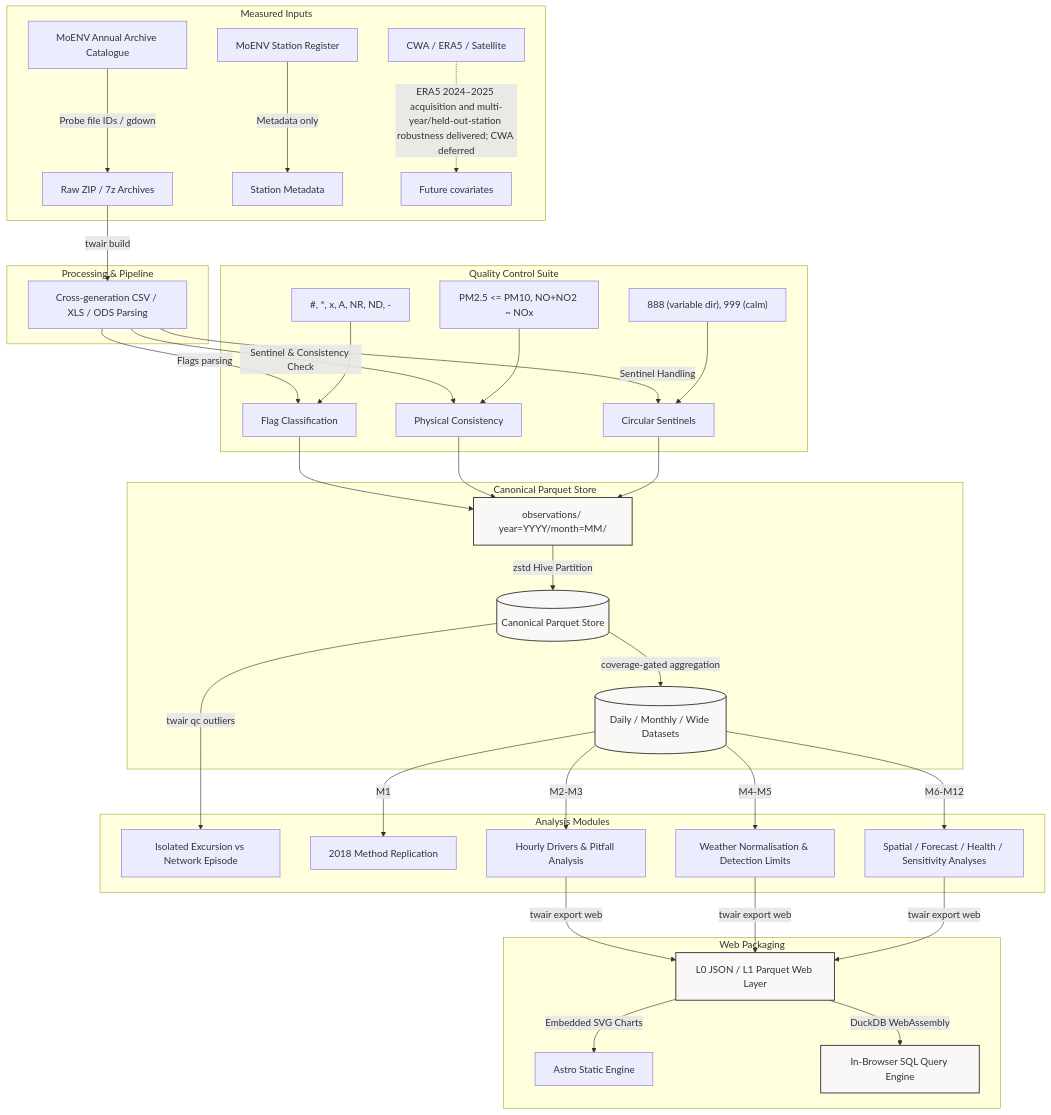
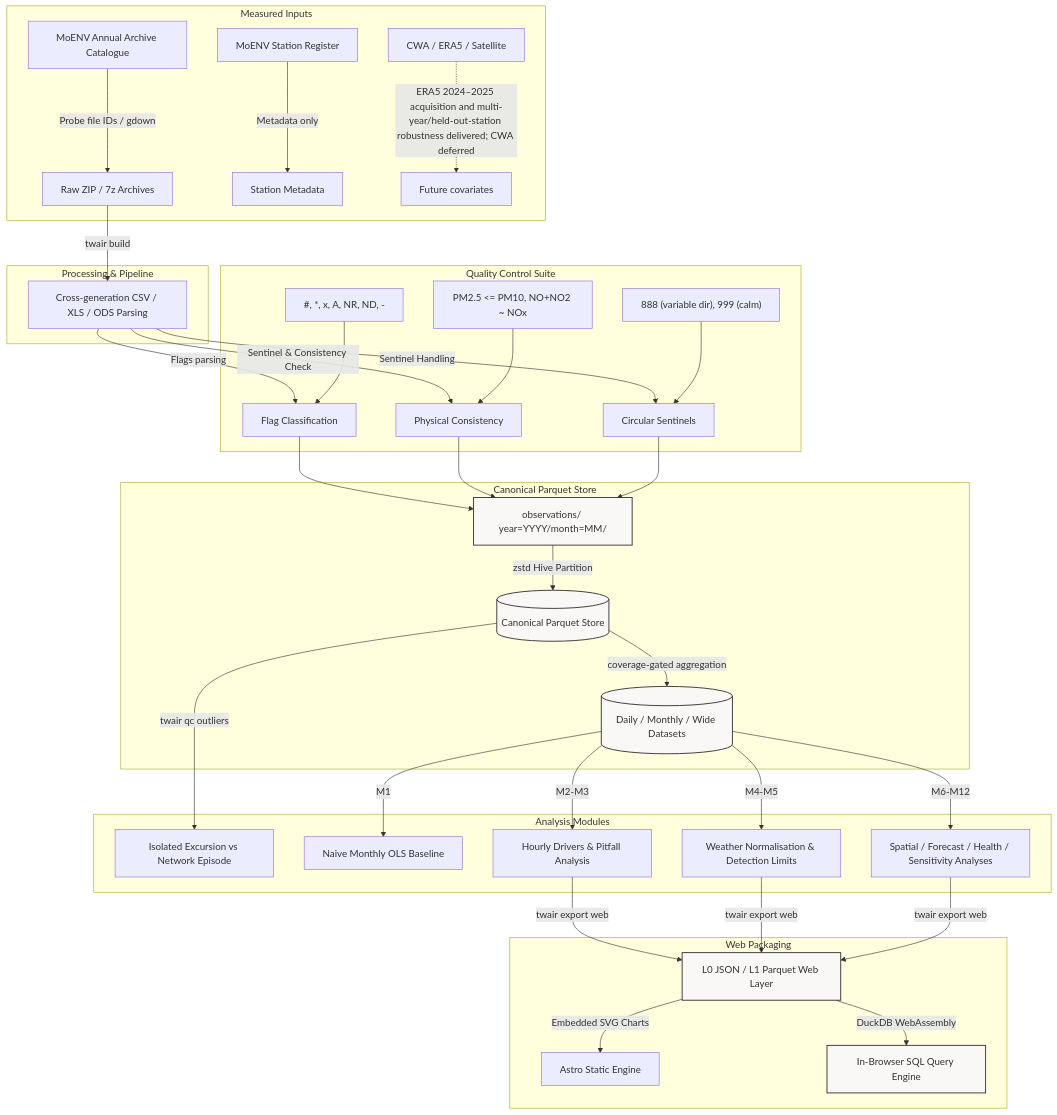
One commit to kuotunyu/air-quality changed the diagram in README.en.md. Above: the diagram before and after it, drawn with Mermaid. The commit also changed other lines of this file and 50 other files, not shown here.

````diff
--- a/README.en.md
+++ b/README.en.md
@@ -71,44 +70,44 @@
 ```mermaid
 flowchart TD
     subgraph Data Sources [Measured Inputs]
         A[MoENV Annual Archive Catalogue] -->|Probe file IDs / gdown| D[Raw ZIP / 7z Archives]
         B[MoENV Station Register] -->|Metadata only| S[Station Metadata]
         C[CWA / ERA5 / Satellite] -.->|ERA5 2024–2025 acquisition and multi-year/held-out-station robustness delivered; CWA deferred| X[Future covariates]
     end
 
     subgraph Ingestion [Processing & Pipeline]
         D -->|twair build| G[Cross-generation CSV / XLS / ODS Parsing]
     end
 
     subgraph QC [Quality Control Suite]
         G -->|Flags parsing| H[Flag Classification]
         H_flag["#, *, x, A, NR, ND, -"] --> H
         G -->|Sentinel & Consistency Check| I[Physical Consistency]
         I_check["PM2.5 <= PM10, NO+NO2 ~ NOx"] --> I
         G -->|Sentinel Handling| J[Circular Sentinels]
         J_set["888 (variable dir), 999 (calm)"] --> J
     end
 
     subgraph Storage [Canonical Parquet Store]
         H & I & J --> K[observations/ year=YYYY/month=MM/]
         K -->|zstd Hive Partition| L[(Canonical Parquet Store)]
         L -->|coverage-gated aggregation| M[(Daily / Monthly / Wide Datasets)]
     end
 
     subgraph Analytics [Analysis Modules]
         L -->|twair qc outliers| N_out[Isolated Excursion vs Network Episode]
-        M -->|M1| N[2018 Method Replication]
+        M -->|M1| N[Naive Monthly OLS Baseline]
         M -->|M2-M3| O[Hourly Drivers & Pitfall Analysis]
         M -->|M4-M5| P[Weather Normalisation & Detection Limits]
         M -->|M6-M12| T[Spatial / Forecast / Health / Sensitivity Analyses]
     end
 
     subgraph Export [Web Packaging]
         O & P & T -->|twair export web| Q_json[L0 JSON / L1 Parquet Web Layer]
         Q_json -->|Embedded SVG Charts| R_astro[Astro Static Engine]
         Q_json -->|DuckDB WebAssembly| S_wasm[In-Browser SQL Query Engine]
     end
 
     classDef tech fill:#f9f8f6,stroke:#333,stroke-width:1.5px;
     class K,L,M,Q_json,S_wasm tech;
 ```
````
